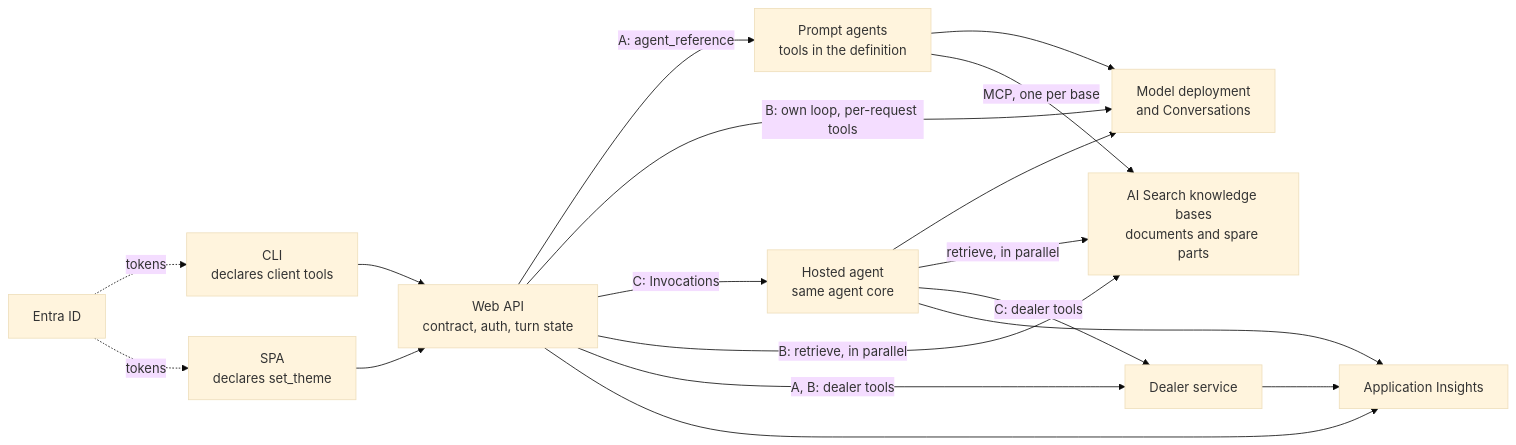
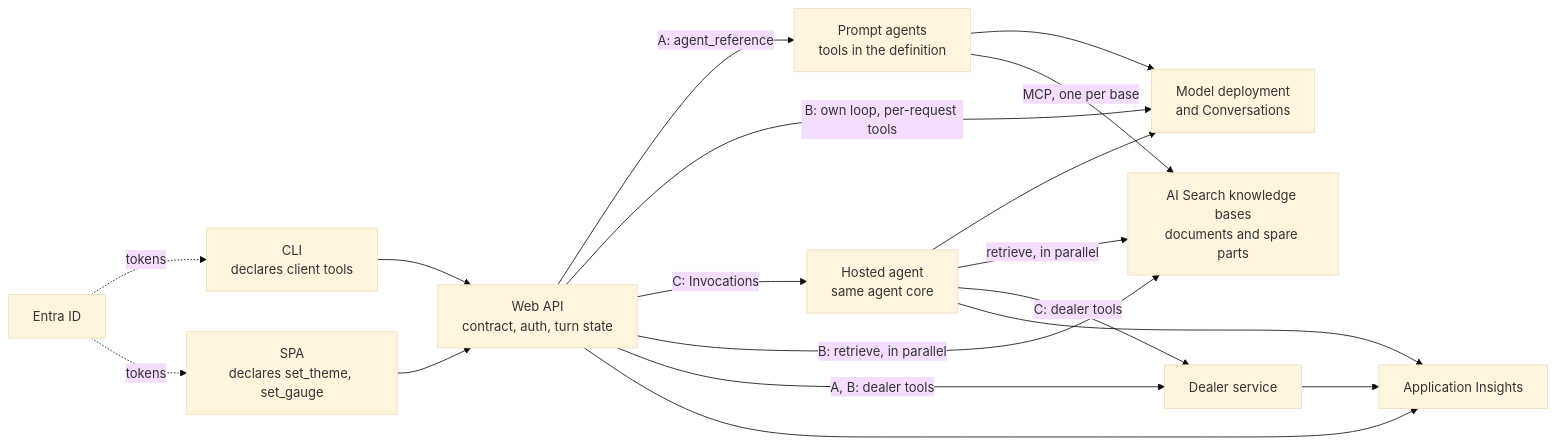
Before and after one commit to mklab-se/agentic-rag: the diagram in README.md, drawn with Mermaid (base theme). The commit also changed other lines of this file and 18 other files, not shown here.

First line of the commit message:
Add a switchable gauge to both clients and theme the timeline

````diff
--- a/README.md
+++ b/README.md
@@ -47,21 +47,21 @@
 ```mermaid
 flowchart LR
     CLI["CLI<br/>declares client tools"] --> API
-    SPA["SPA<br/>declares set_theme"] --> API
+    SPA["SPA<br/>declares set_theme, set_gauge"] --> API
     Entra["Entra ID"] -. tokens .-> CLI
     Entra -. tokens .-> SPA
     API["Web API<br/>contract, auth, turn state"]
     API -->|"A: agent_reference"| Prompt["Prompt agents<br/>tools in the definition"]
     API -->|"B: own loop, per-request tools"| Model["Model deployment<br/>and Conversations"]
     API -->|"C: Invocations"| Hosted["Hosted agent<br/>same agent core"]
     Prompt --> Model
     Hosted --> Model
     Prompt -->|"MCP, one per base"| KB["AI Search knowledge bases<br/>documents and spare parts"]
     API -->|"B: retrieve, in parallel"| KB
     Hosted -->|"retrieve, in parallel"| KB
     API -->|"A, B: dealer tools"| Dealer["Dealer service"]
     Hosted -->|"C: dealer tools"| Dealer
     API --> AI["Application Insights"]
     Dealer --> AI
     Hosted --> AI
 ```
````
